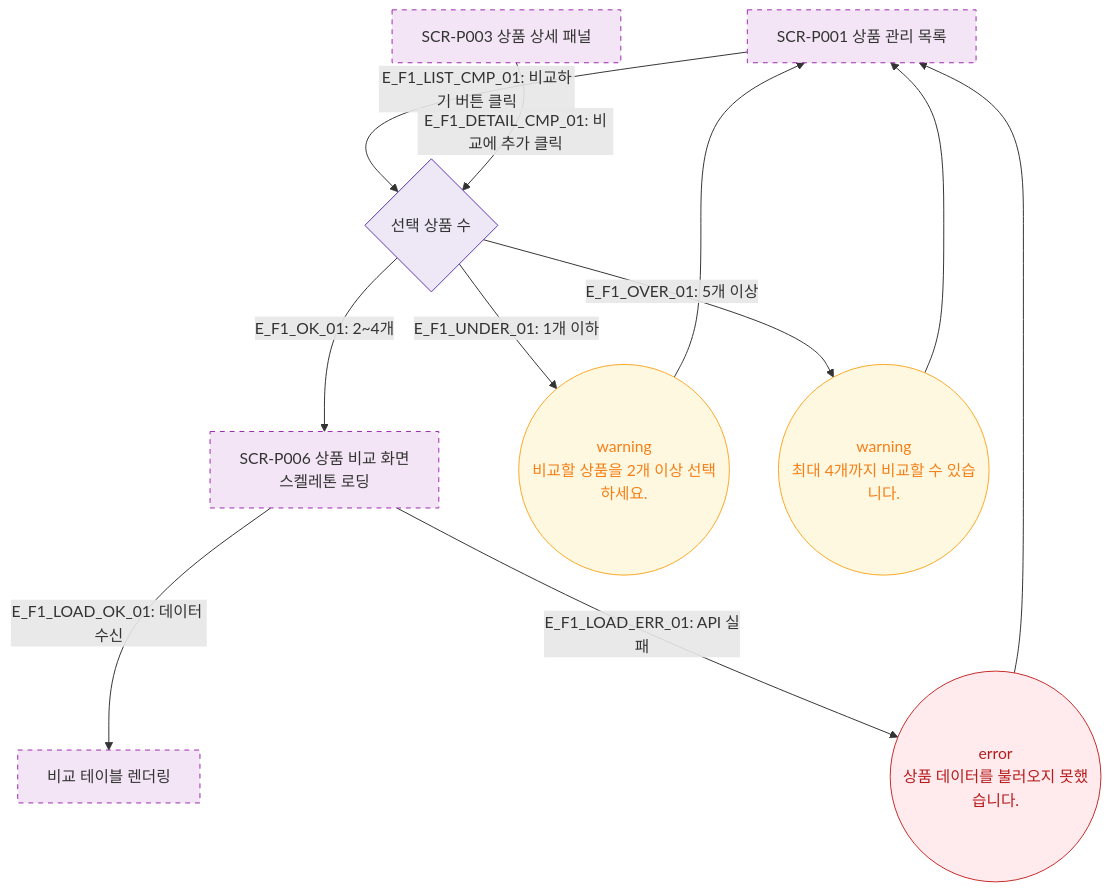
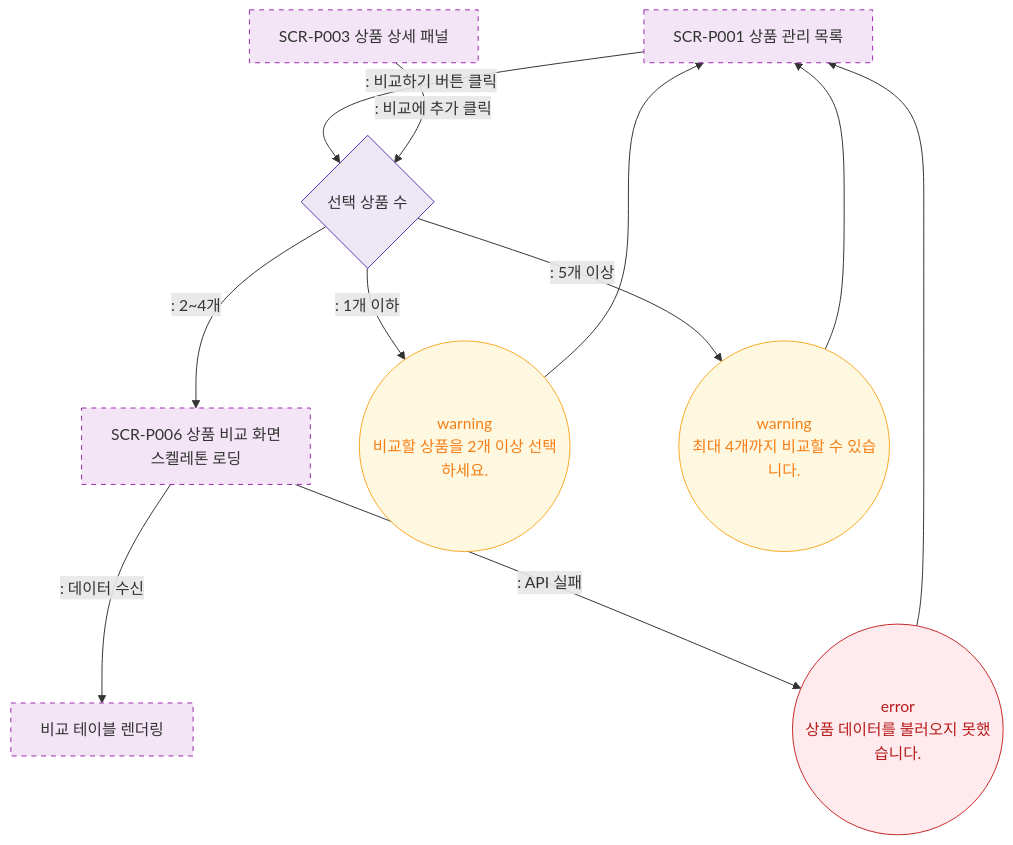
The diagram in docs/다이어그램/D05_상품관리/SCR-P006_상품비교/F1_진입플로우.md (dev-spogym/admin-pando), drawn with Mermaid before and after one commit. The commit also changed other lines of this file and 1660 other files, not shown here.

First line of the commit message:
다이어그램: 기획자/클라이언트 납품본으로 정리

````diff
--- a/docs/다이어그램/D05_상품관리/SCR-P006_상품비교/F1_진입플로우.md
+++ b/docs/다이어그램/D05_상품관리/SCR-P006_상품비교/F1_진입플로우.md
@@ -24,30 +22,30 @@
 ```mermaid
 flowchart TD
     SCR_P001[SCR-P001 상품 관리 목록]
     SCR_P003[SCR-P003 상품 상세 패널]
 
-    SCR_P001 -->|"E_F1_LIST_CMP_01: 비교하기 버튼 클릭"| CheckCount{선택 상품 수}
-    SCR_P003 -->|"E_F1_DETAIL_CMP_01: 비교에 추가 클릭"| CheckCount
+    SCR_P001 -->|": 비교하기 버튼 클릭"|CheckCount{선택 상품 수}
+    SCR_P003 -->|": 비교에 추가 클릭"|CheckCount
 
-    CheckCount -->|"E_F1_OK_01: 2~4개"| SCR_P006[SCR-P006 상품 비교 화면\n스켈레톤 로딩]
-    CheckCount -->|"E_F1_UNDER_01: 1개 이하"| WarnToast((warning\n비교할 상품을 2개 이상 선택하세요.))
-    CheckCount -->|"E_F1_OVER_01: 5개 이상"| WarnToast2((warning\n최대 4개까지 비교할 수 있습니다.))
+    CheckCount -->|": 2~4개"|SCR_P006[SCR-P006 상품 비교 화면\n스켈레톤 로딩]
+    CheckCount -->|": 1개 이하"|WarnToast((warning\n비교할 상품을 2개 이상 선택하세요.))
+    CheckCount -->|": 5개 이상"|WarnToast2((warning\n최대 4개까지 비교할 수 있습니다.))
 
-    SCR_P006 -->|"E_F1_LOAD_OK_01: 데이터 수신"| CompareReady[비교 테이블 렌더링]
-    SCR_P006 -->|"E_F1_LOAD_ERR_01: API 실패"| ErrToast((error\n상품 데이터를 불러오지 못했습니다.))
+    SCR_P006 -->|": 데이터 수신"|CompareReady[비교 테이블 렌더링]
+    SCR_P006 -->|": API 실패"|ErrToast((error\n상품 데이터를 불러오지 못했습니다.))
 
     WarnToast --> SCR_P001
     WarnToast2 --> SCR_P001
     ErrToast --> SCR_P001
 
     classDef screen fill:#F3E5F5,stroke:#9C27B0,stroke-dasharray:5 5
     classDef newFeature fill:#F3E5F5,stroke:#9C27B0,stroke-dasharray:5 5
     classDef warning fill:#FFF8E1,stroke:#F9A825,color:#F57F17
     classDef error fill:#FFEBEE,stroke:#C62828,color:#B71C1C
     classDef system fill:#EDE7F6,stroke:#5E35B2
     class SCR_P006,CompareReady newFeature
     class SCR_P001,SCR_P003 screen
     class WarnToast,WarnToast2 warning
     class ErrToast error
     class CheckCount system
 ```
````
